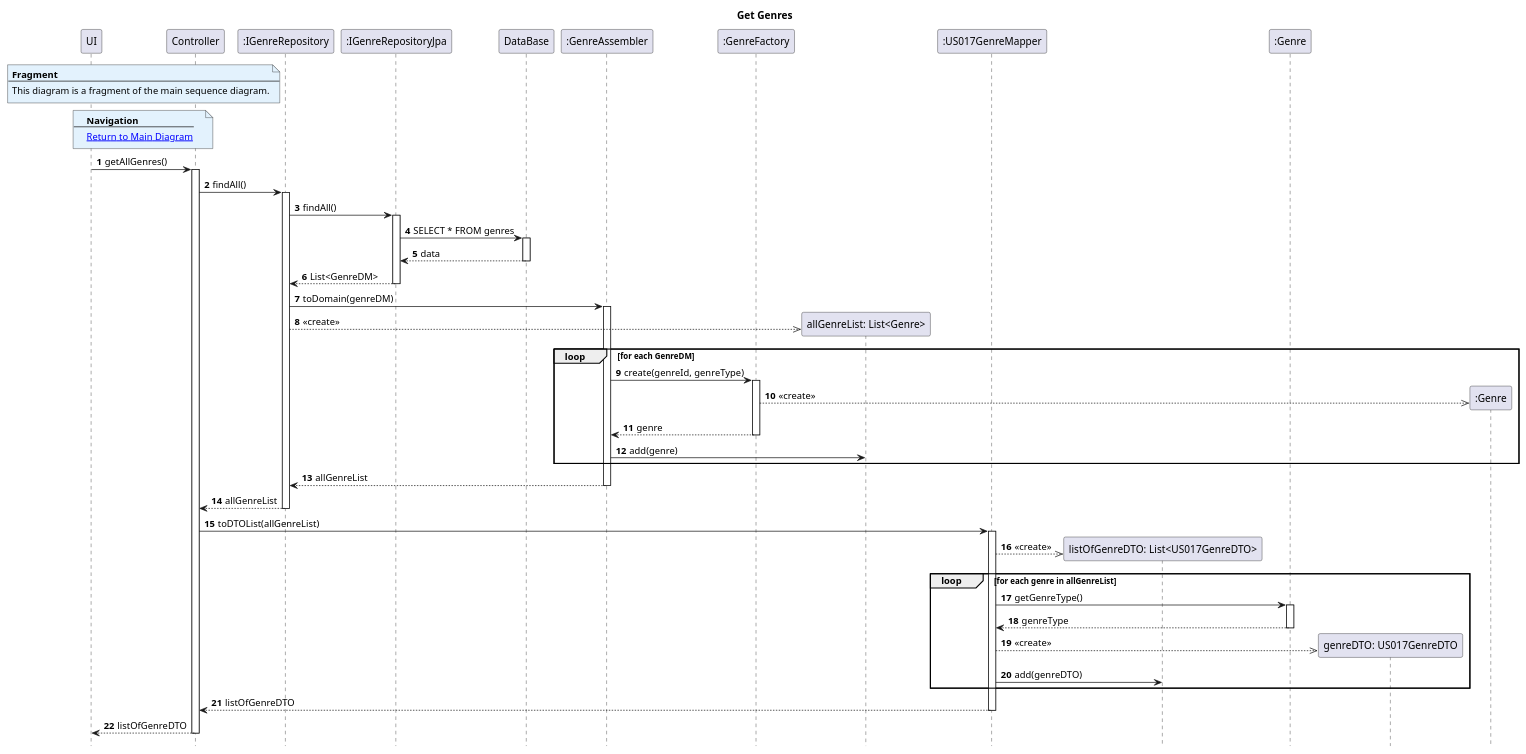
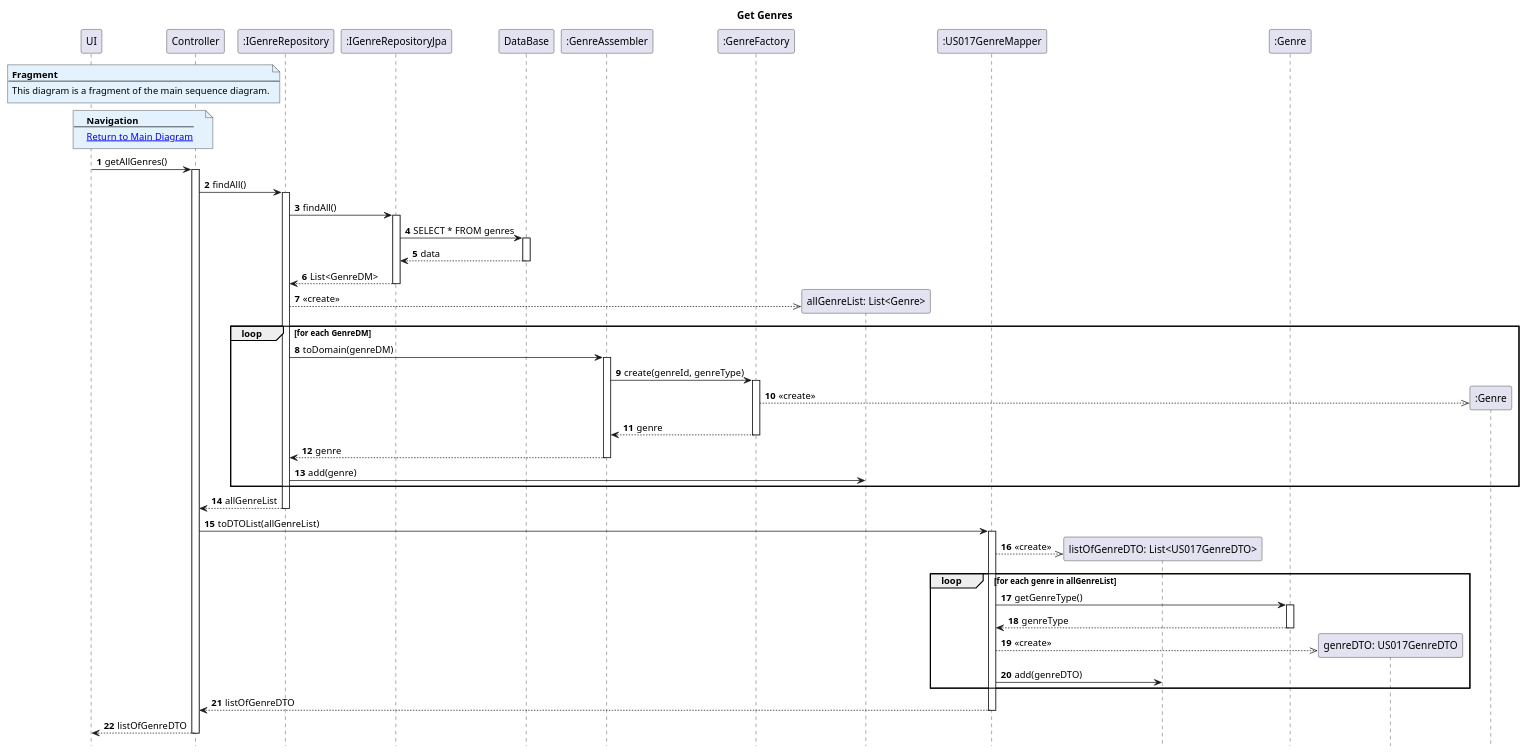
The diagram in Diagrams/SequenceDiagrams/N2/To-create-private-publication-list/2.GetGenres.puml (AndrePereiraGitH/SWitCH-Project-Team_A), drawn with PlantUML before and after one commit. The commit also changed 3 other files, not shown here.

Commit message:
fix #764: fix loop placement in GetGenres diagrams, reorder participants, add UI/GenreFactory to class diagram and fix return label in MainDiagram

```diff
--- a/Diagrams/SequenceDiagrams/N2/To-create-private-publication-list/2.GetGenres.puml
+++ b/Diagrams/SequenceDiagrams/N2/To-create-private-publication-list/2.GetGenres.puml
@@ -1,89 +1,90 @@
 @startuml
 hide footbox
 autonumber
 title Get Genres
 
 note over UI, Controller #E3F2FD
 <b>Fragment</b>
 ---
 This diagram is a fragment of the main sequence diagram.
 end note
 
 note over UI, Controller #E3F2FD
 <b>Navigation</b>
 ---
 [[1.MainDiagram.puml Return to Main Diagram]]
 end note
 
 participant ":UI" as UI
 participant ":ToCreateCollectionOfPublicationsController" as Controller
 participant ":IGenreRepository" as Repo
 participant ":IGenreRepositoryJpa" as JpaRepo
 participant "DataBase" as DB
 participant ":GenreAssembler" as Assembler
 participant ":GenreFactory" as Factory
 participant "allGenreList: List<Genre>" as allGenreList
 participant ":US017GenreMapper" as GenreMapper
 participant "listOfGenreDTO: List<US017GenreDTO>" as listOfGenreDTO
 participant ":Genre" as Genre
 participant "genreDTO: US017GenreDTO" as GDTO
 
 UI -> Controller : getAllGenres()
 activate Controller
 
 Controller -> Repo : findAll()
 activate Repo
 
 Repo -> JpaRepo : findAll()
 activate JpaRepo
 
 JpaRepo -> DB : SELECT * FROM genres
 activate DB
 DB --> JpaRepo : data
 deactivate DB
 
 JpaRepo --> Repo : List<GenreDM>
 deactivate JpaRepo
 
-Repo -> Assembler : toDomain(genreDM)
-activate Assembler
-
 Repo -->> allGenreList ** : <<create>>
 
 loop for each GenreDM
+    Repo -> Assembler : toDomain(genreDM)
+    activate Assembler
+
     Assembler -> Factory : create(genreId, genreType)
     activate Factory
     create ":Genre" as GenreObj
     Factory -->> GenreObj : <<create>>
     Factory --> Assembler : genre
     deactivate Factory
-    Assembler -> allGenreList : add(genre)
+
+    Assembler --> Repo : genre
+    deactivate Assembler
+
+    Repo -> allGenreList : add(genre)
 end
-
-Assembler --> Repo : allGenreList
-deactivate Assembler
 
 Repo --> Controller : allGenreList
 deactivate Repo
 
 Controller -> GenreMapper : toDTOList(allGenreList)
 activate GenreMapper
 GenreMapper -->> listOfGenreDTO ** : <<create>>
 
 loop for each genre in allGenreList
     GenreMapper -> Genre : getGenreType()
     activate Genre
     Genre --> GenreMapper : genreType
     deactivate Genre
 
     GenreMapper -->> GDTO ** : <<create>>
     GenreMapper -> listOfGenreDTO : add(genreDTO)
 end
 
 GenreMapper --> Controller : listOfGenreDTO
 deactivate GenreMapper
 
 Controller --> UI : listOfGenreDTO
 deactivate Controller
 
 @enduml
```
